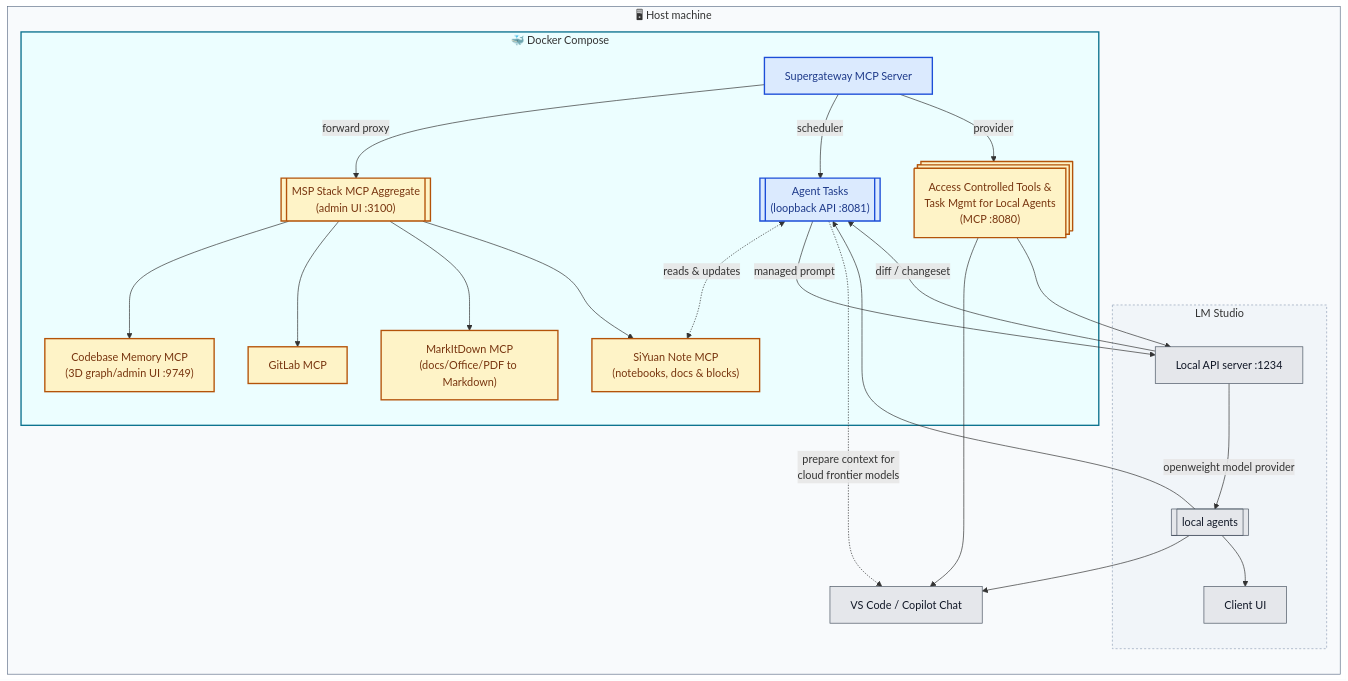
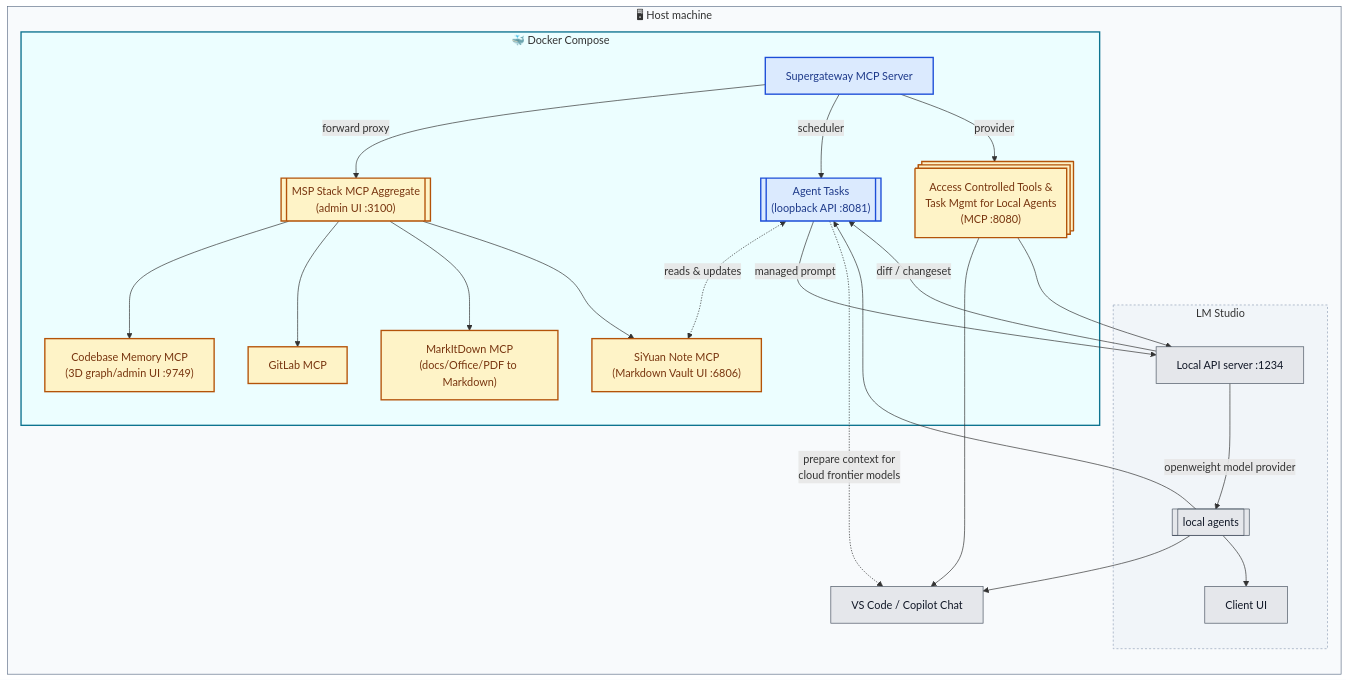
One commit to Flexi23/vscode-mcp-supergateway changed the diagram in README.md. Above: the diagram before and after it, drawn with Mermaid. The commit also changed other lines of this file and 6 other files, not shown here.

````diff
--- a/README.md
+++ b/README.md
@@ -21,70 +21,70 @@
 ```mermaid
 graph LR
     subgraph Host["🖥 Host machine"]
         Copilot["VS Code / Copilot Chat"]
 
         subgraph LMStudio["LM Studio"]
           LMStudioServer["Local API server :1234"]
           LMStudioUI["Client UI"]
           LocalAgents@{ shape: subproc, label: "local agents" }
         end
 
         subgraph Docker["🐳 Docker Compose"]
             Supergateway["Supergateway MCP Server"]
 
             Loopback@{ shape: subproc, label: "Agent Tasks<br/>(loopback API :8081)" }
             Proxy@{ shape: subproc, label: "MSP Stack MCP Aggregate<br/>(admin UI :3100)" }
             MCP@{ shape: processes, label: "Access Controlled Tools &<br/> Task Mgmt for Local Agents<br/>(MCP :8080)" }
 
-            SiYuanNote["SiYuan Note MCP<br/>(notebooks, docs & blocks)"]
+            SiYuanNote["SiYuan Note MCP<br/>(Markdown Vault UI :6806)"]
             CodebaseMemory["Codebase Memory MCP<br>(3D graph/admin UI :9749)"]
             GitLab["GitLab MCP"]
             MarkItDown["MarkItDown MCP<br/>(docs/Office/PDF to Markdown)"]
         end
     end
 
     Supergateway --> |forward proxy| Proxy
     Supergateway --> |scheduler| Loopback
     Loopback <-. reads & updates .-> SiYuanNote
     Supergateway --> |provider|MCP
 
     MCP --> Copilot
     MCP --> LMStudioServer
 
     LMStudioServer --> |openweight model provider| LocalAgents
     LMStudioServer --> |diff / changeset| Loopback
     Loopback --> |managed prompt| LMStudioServer
     Loopback -. prepare context for<br/> cloud frontier models .-> Copilot
 
     LocalAgents --> Copilot
     LocalAgents --> Loopback
     LocalAgents --> LMStudioUI
 
     Proxy --> CodebaseMemory
     Proxy --> GitLab
     Proxy --> MarkItDown
     Proxy --> SiYuanNote
 
     click Supergateway "blob/main/src/gateway.ts" "Entry point: src/gateway.ts (main())"
     click Loopback "blob/main/src/server.ts" "Entry point: src/server.ts (startBackendServer)"
     click Proxy href "https://www.npmjs.com/package/@mspstack/mcp-gateway" "npm: @mspstack/mcp-gateway" _blank
     click MCP href "https://www.npmjs.com/package/@mspstack/mcp-gateway" "npm: @mspstack/mcp-gateway (RBAC & tool access)" _blank
     click SiYuanNote href "https://www.npmjs.com/package/siyuan-mcp" "npm: siyuan-mcp" _blank
     click CodebaseMemory href "https://www.npmjs.com/package/codebase-memory-mcp" "npm: codebase-memory-mcp" _blank
     click GitLab href "https://www.npmjs.com/package/@zereight/mcp-gitlab" "npm: @zereight/mcp-gitlab" _blank
     click MarkItDown href "https://pypi.org/project/markitdown-mcp/" "PyPI: markitdown-mcp" _blank
     click LMStudioServer href "https://lmstudio.ai/docs/app/api" "LM Studio local server docs" _blank
     click LMStudioUI href "https://lmstudio.ai/" "LM Studio" _blank
 
     classDef entryPoint fill:#dbeafe,stroke:#1d4ed8,stroke-width:2px,color:#1e3a8a;
     classDef thirdParty fill:#fef3c7,stroke:#b45309,stroke-width:2px,color:#78350f;
     classDef hostApp fill:#e5e7eb,stroke:#4b5563,stroke-width:1px,color:#111827;
 
     class Supergateway,Loopback entryPoint;
     class Proxy,MCP,SiYuanNote,CodebaseMemory,GitLab,MarkItDown thirdParty;
     class Copilot,LMStudioServer,LMStudioUI,LocalAgents hostApp;
 
     style Host fill:#f8fafc,stroke:#64748b,stroke-width:1px
     style LMStudio fill:#f1f5f9,stroke:#94a3b8,stroke-width:1px,stroke-dasharray: 3 3
     style Docker fill:#ecfeff,stroke:#0e7490,stroke-width:2px
 ```
````
